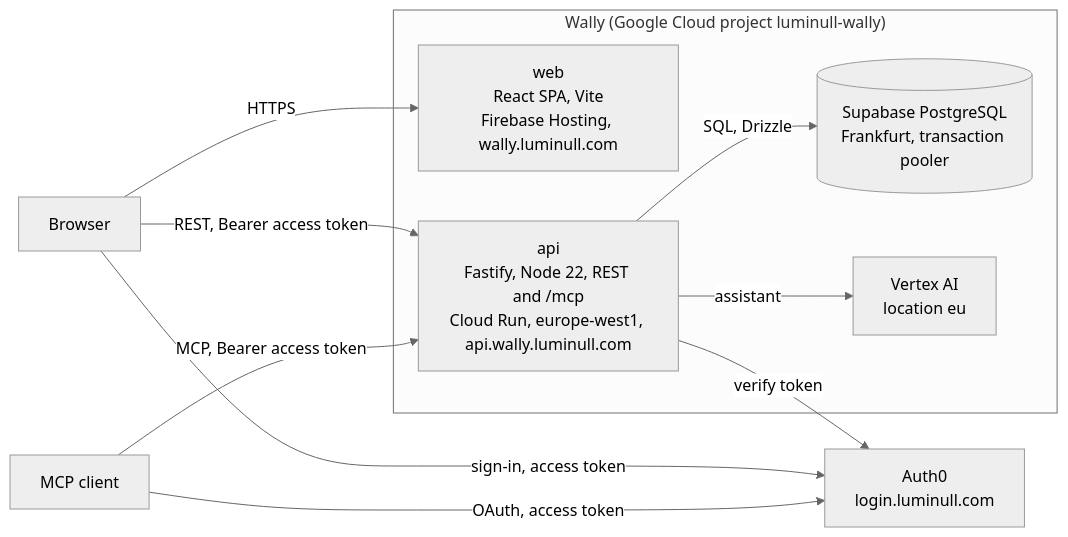
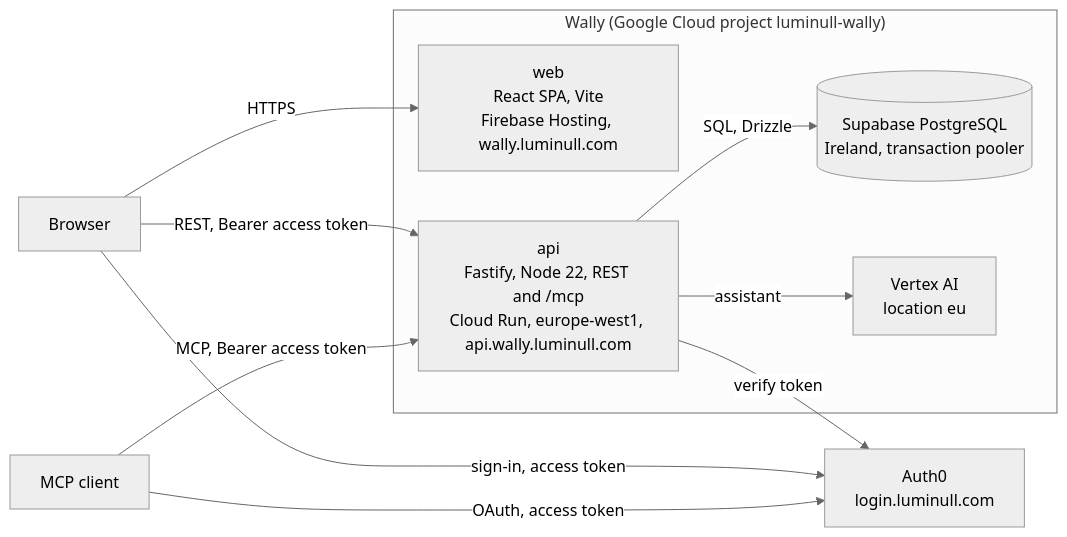
Before and after one commit to milad-luminull/wally: the second of 2 diagrams in docs/architecture/overview.md, drawn with Mermaid (neutral theme). The commit also changed 5 other files, not shown here.

First line of the commit message:
docs: the hosted Supabase project is in Ireland; secret stored; backups still open

````diff
--- a/docs/architecture/overview.md
+++ b/docs/architecture/overview.md
@@ -35,20 +35,20 @@
 ```mermaid
 flowchart LR
   browser["Browser"]
   host["MCP client"]
   auth0["Auth0<br/>login.luminull.com"]
   subgraph wally["Wally (Google Cloud project luminull-wally)"]
     web["web<br/>React SPA, Vite<br/>Firebase Hosting, wally.luminull.com"]
     api["api<br/>Fastify, Node 22, REST and /mcp<br/>Cloud Run, europe-west1, api.wally.luminull.com"]
-    store[("Supabase PostgreSQL<br/>Frankfurt, transaction pooler")]
+    store[("Supabase PostgreSQL<br/>Ireland, transaction pooler")]
     model["Vertex AI<br/>location eu"]
   end
   browser -->|HTTPS| web
   browser -->|sign-in, access token| auth0
   host -->|OAuth, access token| auth0
   browser -->|REST, Bearer access token| api
   host -->|MCP, Bearer access token| api
   api -->|verify token| auth0
   api -->|SQL, Drizzle| store
   api -->|assistant| model
 ```
````
